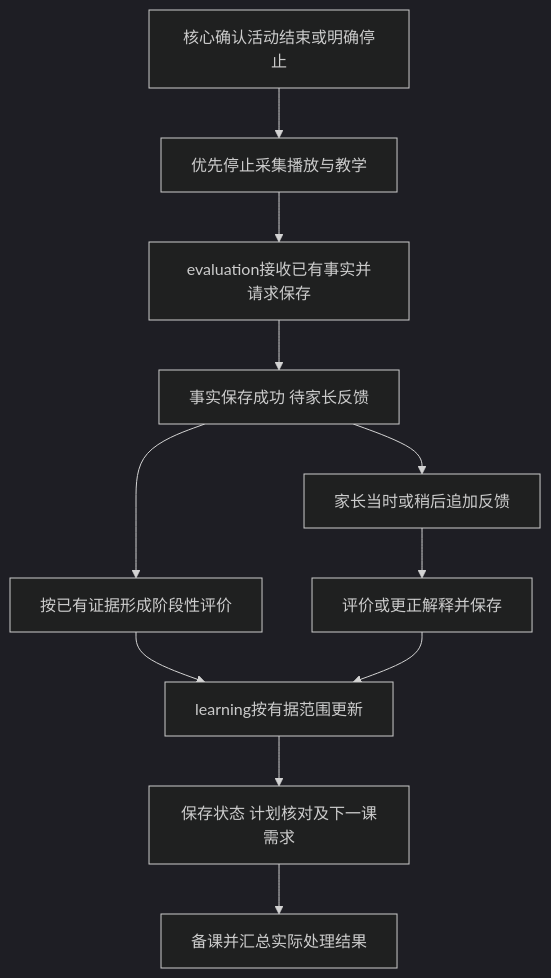
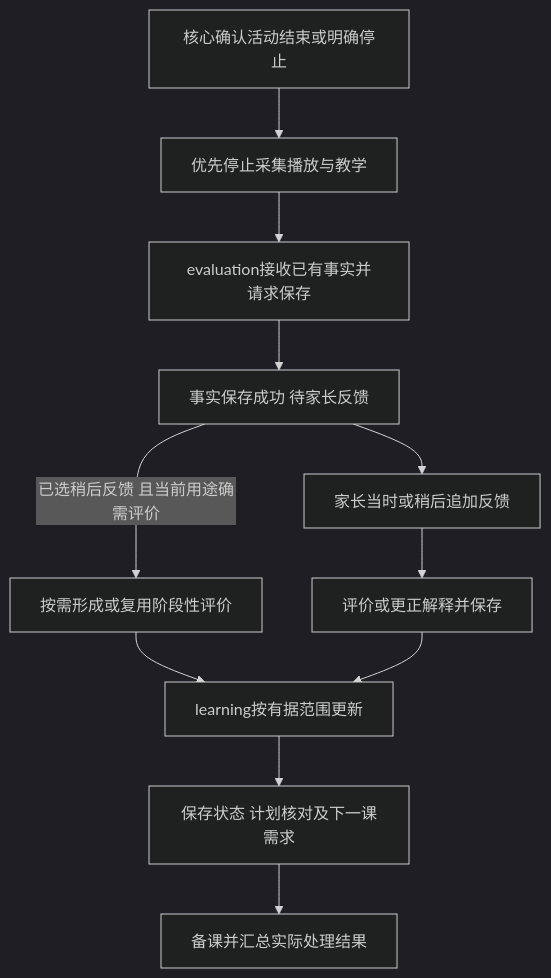
The diagram in design/shared/execution-recovery.md (AltairEven/ProjectJ), drawn with Mermaid (dark theme) before and after one commit. The commit also changed other lines of this file and 54 other files, not shown here.

````diff
--- a/design/shared/execution-recovery.md
+++ b/design/shared/execution-recovery.md
@@ -28,13 +28,13 @@
 ```mermaid
 flowchart TD
     A[核心确认活动结束或明确停止] --> B[优先停止采集播放与教学]
     B --> C[evaluation接收已有事实并请求保存]
     C --> D[事实保存成功 待家长反馈]
-    D --> E[按已有证据形成阶段性评价]
+    D -->|已选稍后反馈 且当前用途确需评价| E[按需形成或复用阶段性评价]
     D --> F[家长当时或稍后追加反馈]
     F --> G[评价或更正解释并保存]
     E --> H[learning按有据范围更新]
     G --> H
     H --> I[保存状态 计划核对及下一课需求]
     I --> J[备课并汇总实际处理结果]
 ```
````
